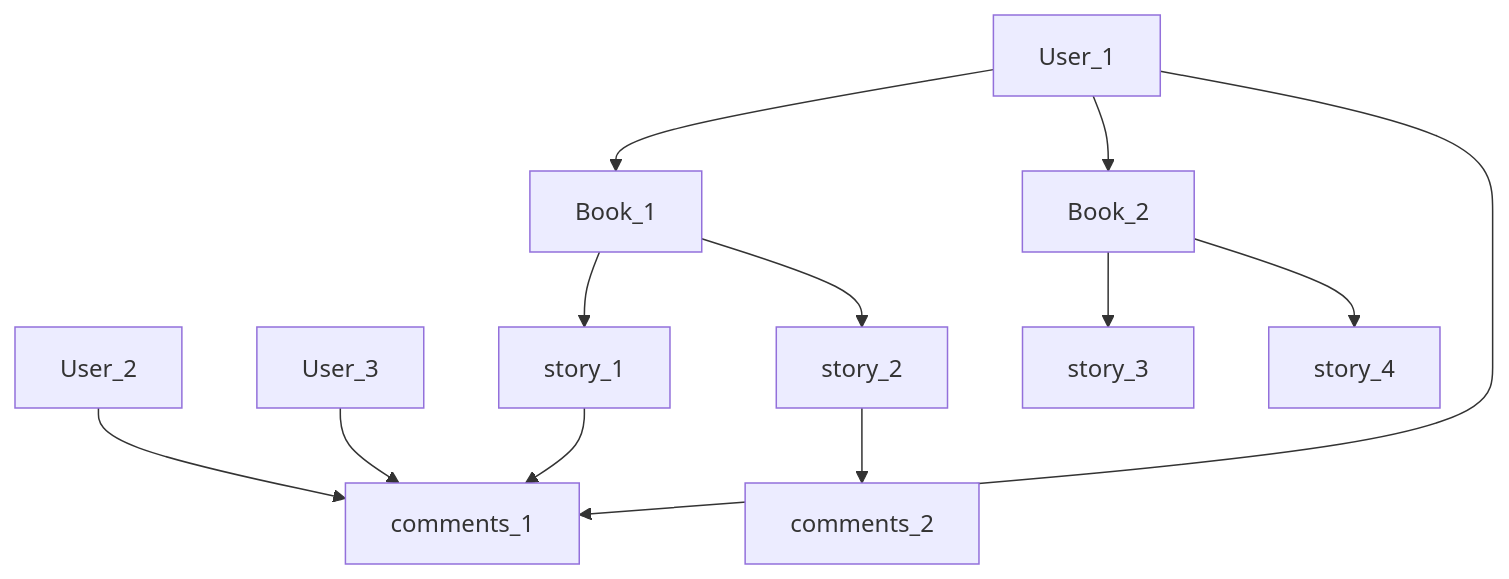
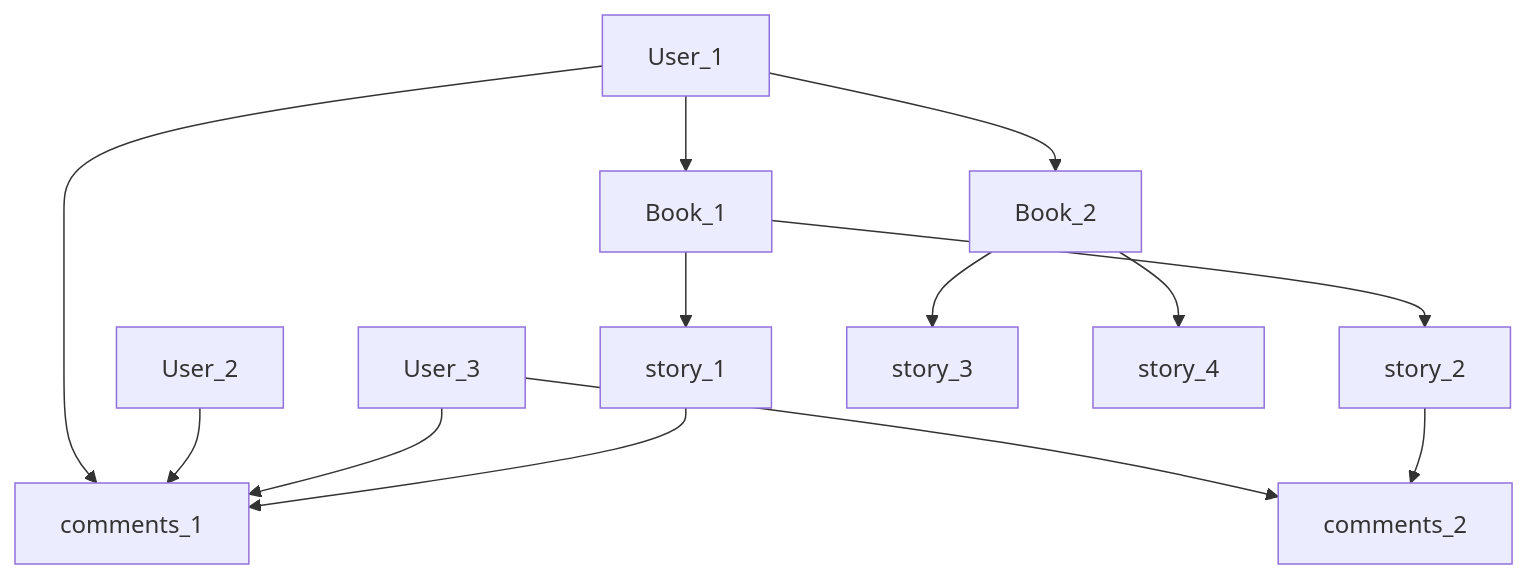
Before and after one commit to mbaqes/dbit: the diagram in README.md, drawn with Mermaid.

````diff
--- a/README.md
+++ b/README.md
@@ -17,15 +17,16 @@
  ```mermaid
 graph TD;
     User_1-->Book_1;
     User_1-->Book_2;
     User_1-->comments_1;
     User_2-->comments_1
     User_3-->comments_1
+     User_3-->comments_2
     Book_1-->story_1;
     Book_1-->story_2;
     Book_2-->story_3;
     Book_2-->story_4;
     story_1-->comments_1;
     story_2-->comments_2;
    
 ```
````
